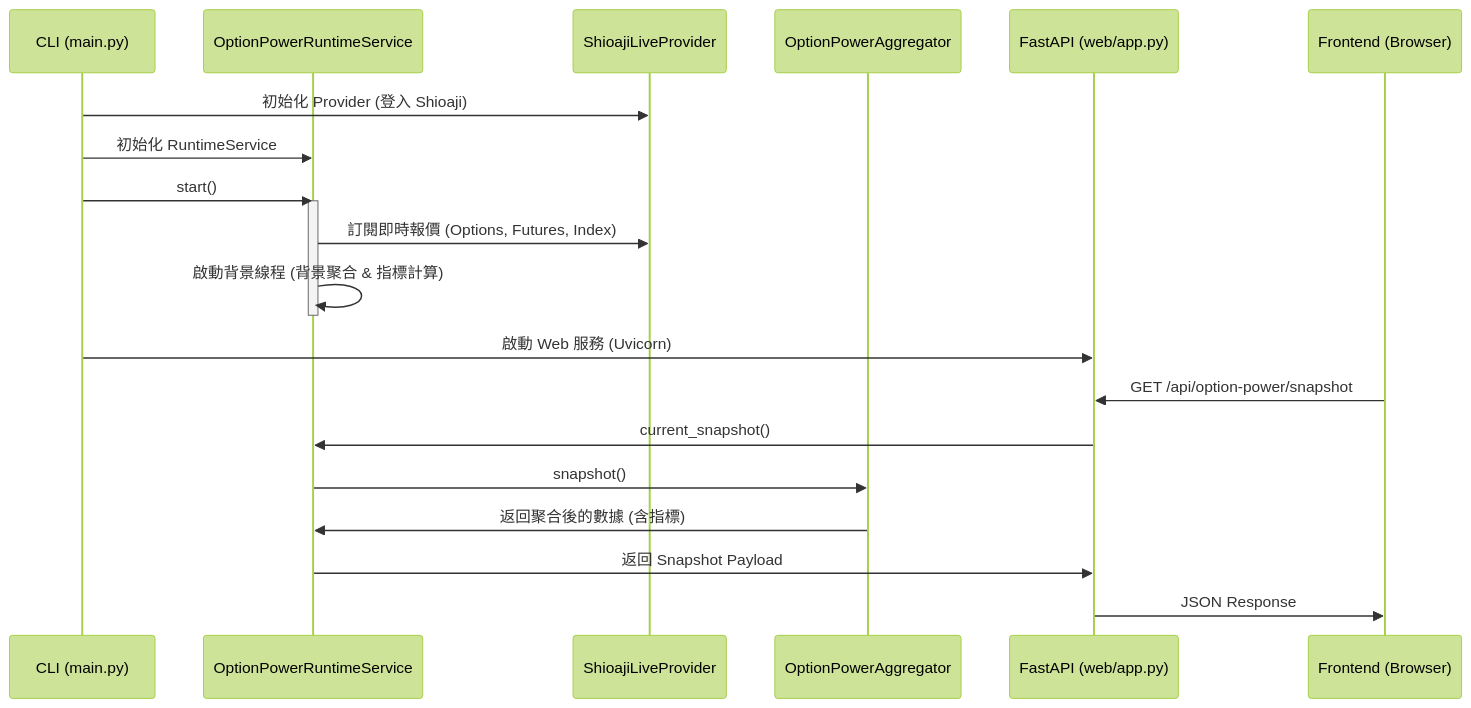
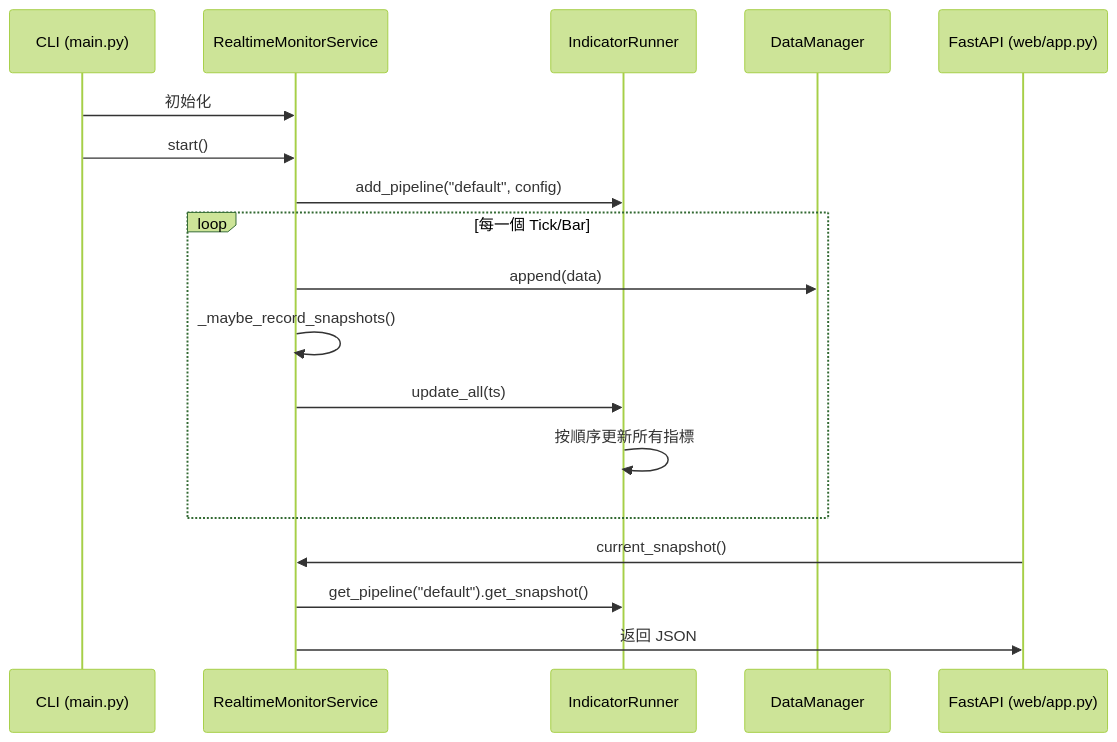
Before and after one commit to Tu-Szu-Chi/247_strategy: the second of 2 diagrams in docs/ARCHITECTURE.md, drawn with Mermaid (forest theme). The commit also changed other lines of this file and 45 other files, not shown here.

````diff
--- a/docs/ARCHITECTURE.md
+++ b/docs/ARCHITECTURE.md
@@ -50,24 +59,21 @@
 ```mermaid
 sequenceDiagram
     participant CLI as CLI (main.py)
-    participant RS as OptionPowerRuntimeService
-    participant SP as ShioajiLiveProvider
-    participant AG as OptionPowerAggregator
+    participant RMS as RealtimeMonitorService
+    participant IR as IndicatorRunner
+    participant DM as DataManager
     participant APP as FastAPI (web/app.py)
-    participant UI as Frontend (Browser)
 
-    CLI->>SP: 初始化 Provider (登入 Shioaji)
-    CLI->>RS: 初始化 RuntimeService
-    CLI->>RS: start()
-    activate RS
-    RS->>SP: 訂閱即時報價 (Options, Futures, Index)
-    RS->>RS: 啟動背景線程 (背景聚合 & 指標計算)
-    deactivate RS
-    CLI->>APP: 啟動 Web 服務 (Uvicorn)
-    UI->>APP: GET /api/option-power/snapshot
-    APP->>RS: current_snapshot()
-    RS->>AG: snapshot()
-    AG->>RS: 返回聚合後的數據 (含指標)
-    RS->>APP: 返回 Snapshot Payload
-    APP->>UI: JSON Response
+    CLI->>RMS: 初始化
+    CLI->>RMS: start()
+    RMS->>IR: add_pipeline("default", config)
+    loop 每一個 Tick/Bar
+        RMS->>DM: append(data)
+        RMS->>RMS: _maybe_record_snapshots()
+        RMS->>IR: update_all(ts)
+        IR->>IR: 按順序更新所有指標
+    end
+    APP->>RMS: current_snapshot()
+    RMS->>IR: get_pipeline("default").get_snapshot()
+    RMS->>APP: 返回 JSON
 ```
````
